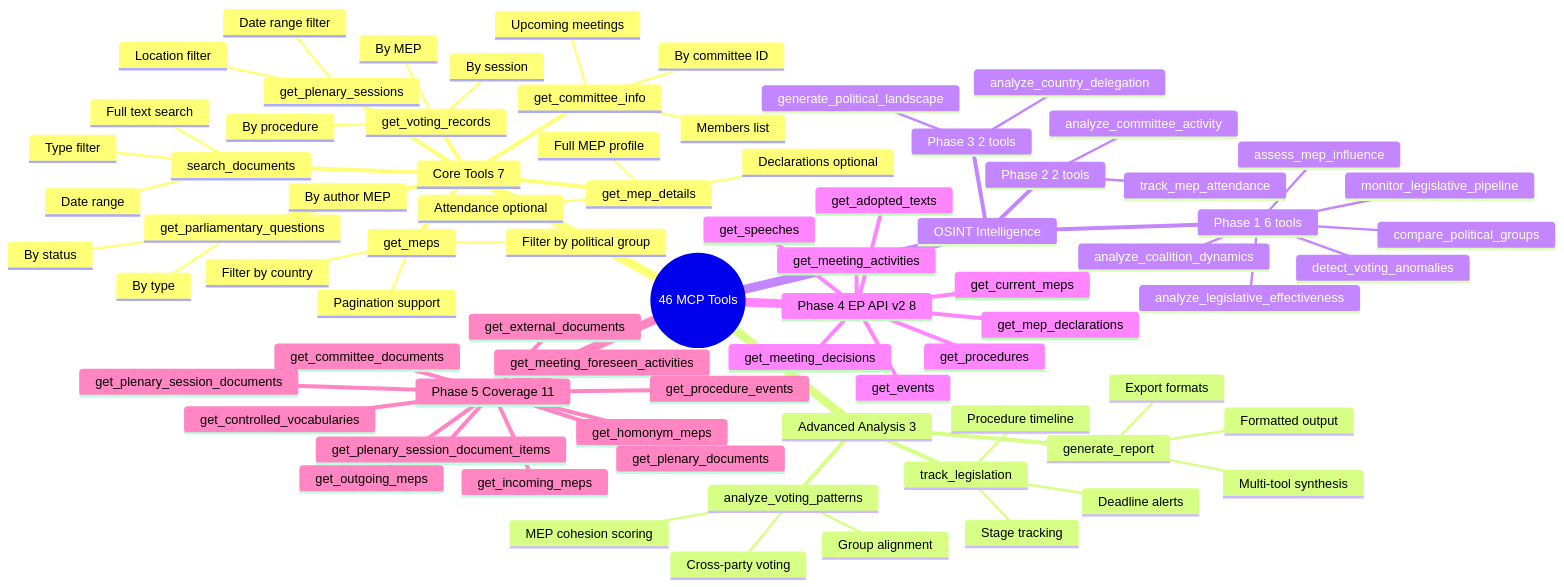
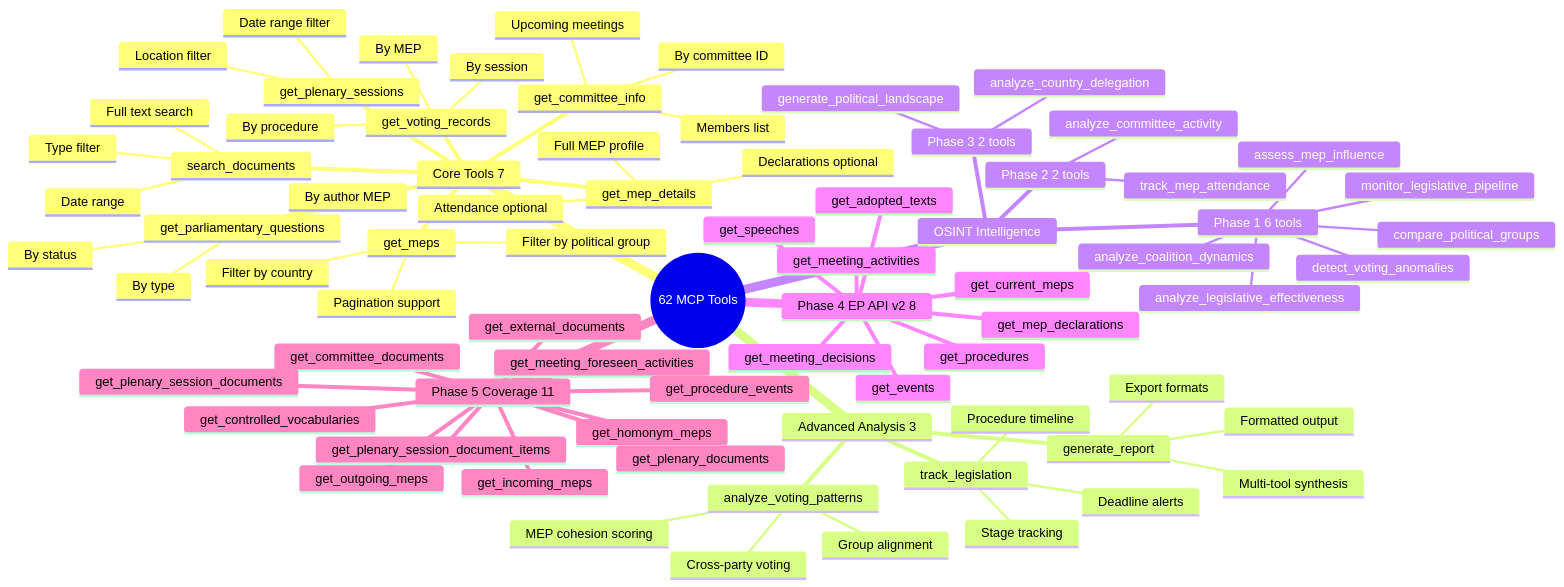
The third of 5 diagrams in MINDMAP.md (Hack23/European-Parliament-MCP-Server), drawn with Mermaid before and after one commit. The commit also changed other lines of this file and 13 other files, not shown here.

````diff
--- a/MINDMAP.md
+++ b/MINDMAP.md
@@ -225,80 +225,80 @@
 ```mermaid
 mindmap
-  root((46 MCP Tools))
+  root((62 MCP Tools))
     Core Tools 7
       get_meps
         Filter by country
         Filter by political group
         Pagination support
       get_mep_details
         Full MEP profile
         Declarations optional
         Attendance optional
       get_plenary_sessions
         Date range filter
         Location filter
       get_voting_records
         By procedure
         By session
         By MEP
       search_documents
         Full text search
         Type filter
         Date range
       get_committee_info
         By committee ID
         Members list
         Upcoming meetings
       get_parliamentary_questions
         By author MEP
         By type
         By status
     Advanced Analysis 3
       analyze_voting_patterns
         MEP cohesion scoring
         Group alignment
         Cross-party voting
       track_legislation
         Procedure timeline
         Stage tracking
         Deadline alerts
       generate_report
         Multi-tool synthesis
         Formatted output
         Export formats
     OSINT Intelligence
       Phase 1 6 tools
         assess_mep_influence
         analyze_coalition_dynamics
         detect_voting_anomalies
         compare_political_groups
         analyze_legislative_effectiveness
         monitor_legislative_pipeline
       Phase 2 2 tools
         analyze_committee_activity
         track_mep_attendance
       Phase 3 2 tools
         analyze_country_delegation
         generate_political_landscape
     Phase 4 EP API v2 8
       get_current_meps
       get_speeches
       get_procedures
       get_adopted_texts
       get_events
       get_meeting_activities
       get_meeting_decisions
       get_mep_declarations
     Phase 5 Coverage 11
       get_incoming_meps
       get_outgoing_meps
       get_homonym_meps
       get_plenary_documents
       get_committee_documents
       get_plenary_session_documents
       get_plenary_session_document_items
       get_controlled_vocabularies
       get_external_documents
       get_meeting_foreseen_activities
       get_procedure_events
 ```
````
